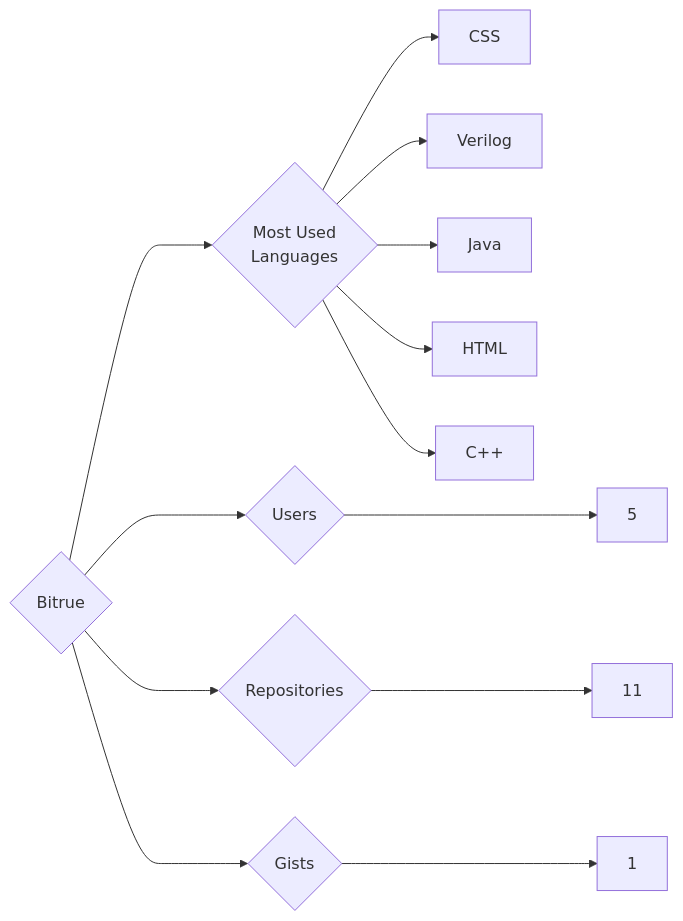
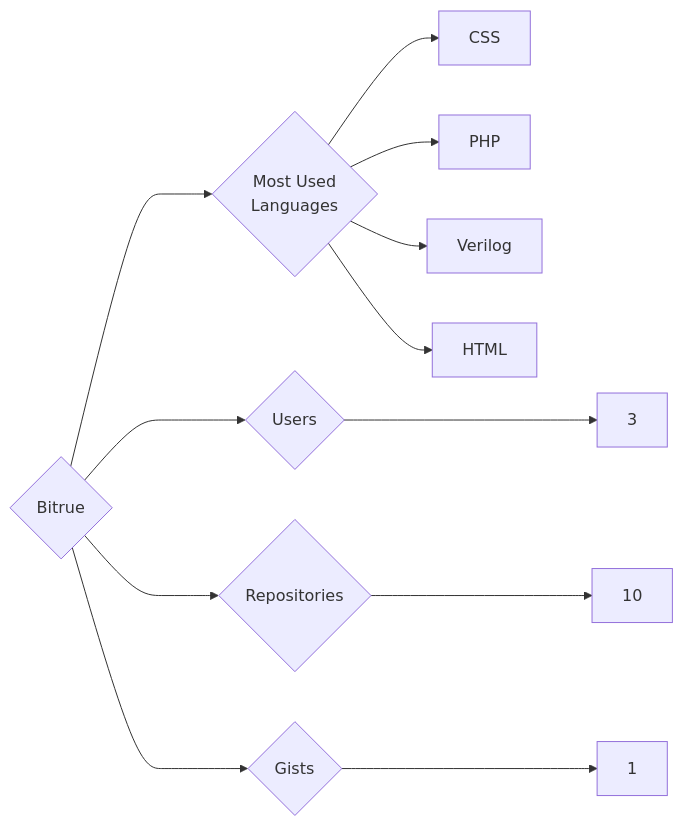
One commit to trickest/insiders changed the diagram in targets/Bitrue/README.md. Above: the diagram before and after it, drawn with Mermaid. The commit also changed 939 other files, not shown here.

````diff
--- a/targets/Bitrue/README.md
+++ b/targets/Bitrue/README.md
@@ -3,13 +3,12 @@
 ```mermaid
 graph LR
 COMPANY_NAME{Bitrue}
-COMPANY_NAME ---> U{Users} ---> UN[5]
-COMPANY_NAME ---> R{Repositories} ---> RN[11]
+COMPANY_NAME ---> U{Users} ---> UN[3]
+COMPANY_NAME ---> R{Repositories} ---> RN[10]
 COMPANY_NAME ---> G{Gists} ---> GN[1]
 COMPANY_NAME ---> ML{Most Used<br>Languages}
 ML --> CSS[CSS]
+ML --> PHP[PHP]
 ML --> Verilog[Verilog]
-ML --> Java[Java]
 ML --> HTML[HTML]
-ML --> C++[C++]
 ```
````
